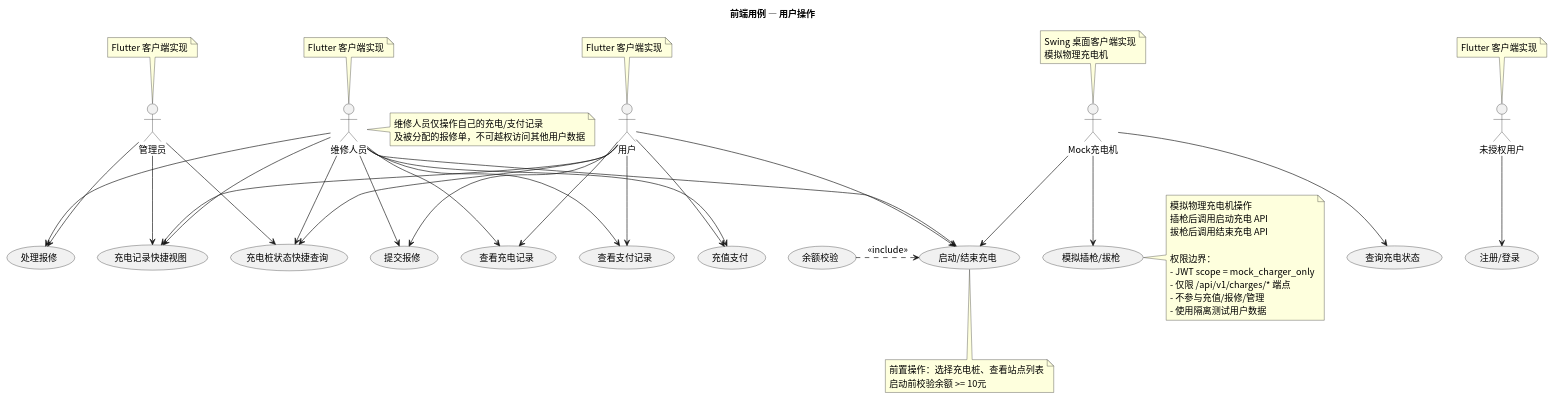
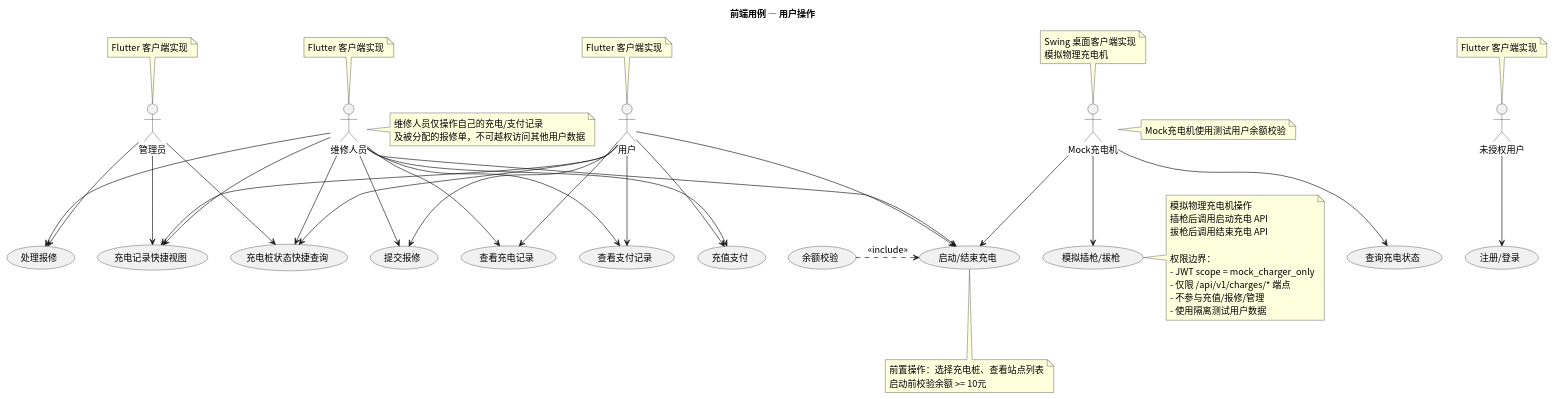
Before and after one commit to greenhandzdl/charging-station-doc: the diagram in usecase/docs/frontend/src/frontend_usecases.puml, drawn with PlantUML. The commit also changed 6 other files, not shown here.

First line of the commit message:
fix: 第2轮评估修复 — 总览用例图SA补QV、README补充UCS端点、活动图退回分支注说明

```diff
--- a/usecase/docs/frontend/src/frontend_usecases.puml
+++ b/usecase/docs/frontend/src/frontend_usecases.puml
@@ -1,58 +1,59 @@
 @startuml
 skinparam defaultFontName "Noto Sans CJK SC"
 skinparam defaultFontSize 14
 title 前端用例 — 用户操作
 skinparam useCaseShape rectangle
 
 actor "未授权用户" as G
 actor "用户" as U
 actor "维修人员" as M
 actor "管理员" as A
 actor "Mock充电机" as MC
 
 note top of G : Flutter 客户端实现
 note top of U : Flutter 客户端实现
 note top of M : Flutter 客户端实现
 note top of A : Flutter 客户端实现
 note top of MC : Swing 桌面客户端实现\n模拟物理充电机
 
 usecase "注册/登录" as LOG
 usecase "启动/结束充电" as CS
 usecase "余额校验" as BC
 usecase "充值支付" as PAY
 usecase "查看充电记录" as VCR
 usecase "查看支付记录" as VPR
 usecase "提交报修" as SRT
 usecase "处理报修" as HR
 usecase "充电记录快捷视图" as QV
 usecase "充电桩状态快捷查询" as QC
 usecase "模拟插枪/拔枪" as MOC
 usecase "查询充电状态" as QCS
 
 G --> LOG
 U --> CS
 U --> PAY
 U --> VCR
 U --> VPR
 U --> SRT
 U --> QV
 U --> QC
 M --> CS
 M --> PAY
 M --> VCR
 M --> VPR
 M --> SRT
 M --> HR
 note right of M : 维修人员仅操作自己的充电/支付记录\n及被分配的报修单，不可越权访问其他用户数据
 CS <.left. BC : <<include>>
 note bottom of CS : 前置操作：选择充电桩、查看站点列表\n启动前校验余额 >= 10元
 M --> QV
 M --> QC
 A --> HR
 A --> QV
 A --> QC
 MC --> MOC
 MC --> CS
+note right of MC : Mock充电机使用测试用户余额校验
 MC --> QCS
 note right of MOC : 模拟物理充电机操作\n插枪后调用启动充电 API\n拔枪后调用结束充电 API\n\n权限边界：\n- JWT scope = mock_charger_only\n- 仅限 /api/v1/charges/* 端点\n- 不参与充值/报修/管理\n- 使用隔离测试用户数据
 @enduml
```
